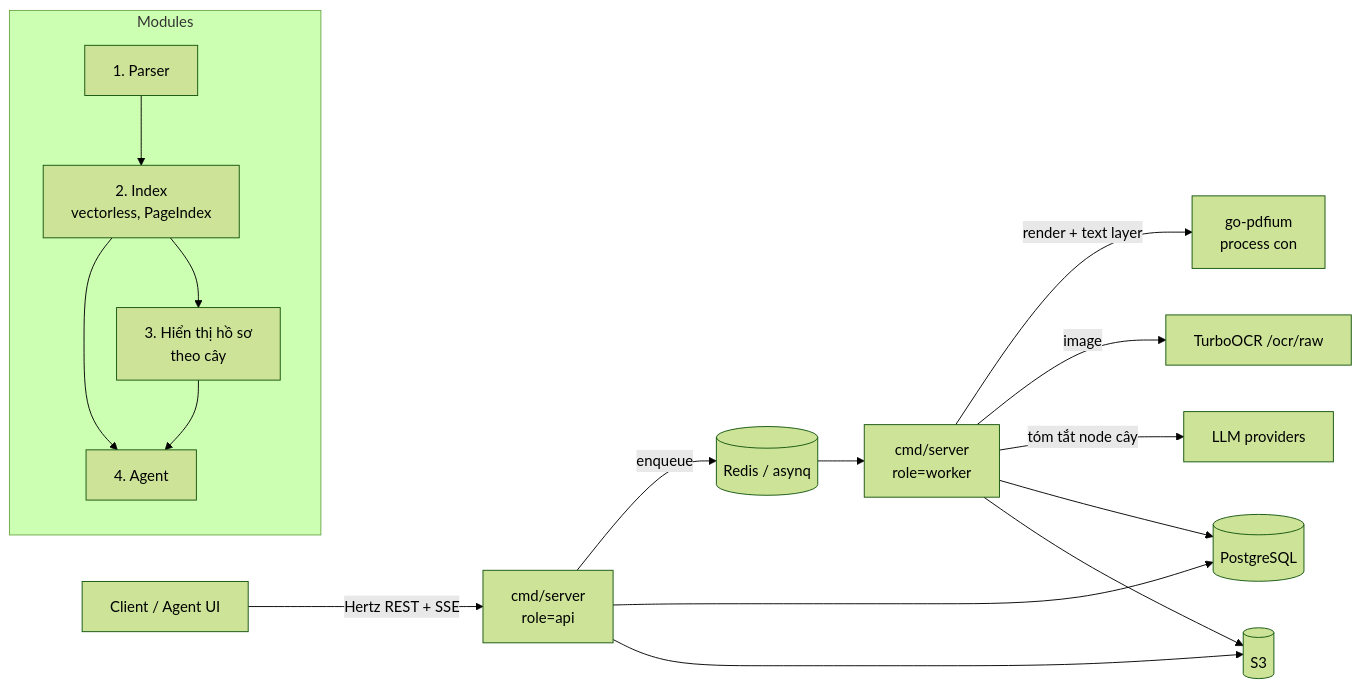
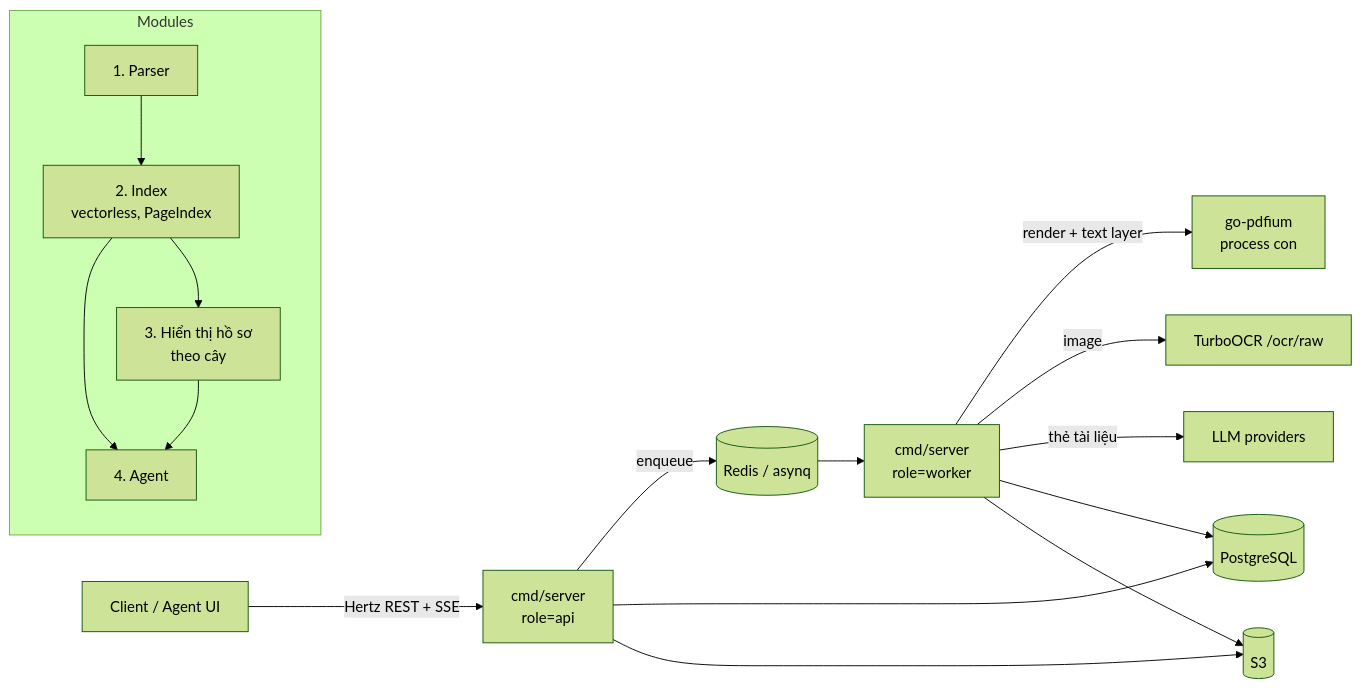
One commit to thanhbgtnut/bepaylot changed the first of 4 diagrams in spec/spec.md. Above: the diagram before and after it, drawn with Mermaid (forest theme). The commit also changed other lines of this file and 35 other files, not shown here.

````diff
--- a/spec/spec.md
+++ b/spec/spec.md
@@ -130,21 +145,21 @@
 ```mermaid
 flowchart LR
   U[Client / Agent UI] -->|Hertz REST + SSE| API[cmd/server<br/>role=api]
   API -->|enqueue| R[(Redis / asynq)]
   API --> PG[(PostgreSQL)]
   API --> OS[(S3)]
 
   R --> W[cmd/server<br/>role=worker]
   W -->|render + text layer| PDF[go-pdfium<br/>process con]
   W -->|image| OCR[TurboOCR /ocr/raw]
-  W -->|tóm tắt node cây| LLM[LLM providers]
+  W -->|thẻ tài liệu| LLM[LLM providers]
   W --> PG
   W --> OS
 
   subgraph Modules
     M1[1. Parser] --> M2[2. Index<br/>vectorless, PageIndex]
     M2 --> M3[3. Hiển thị hồ sơ<br/>theo cây]
     M2 --> M4[4. Agent]
     M3 --> M4
   end
 ```
````
